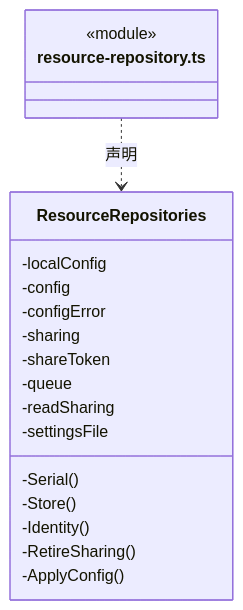
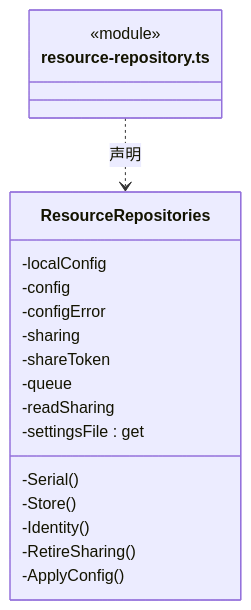
Before and after one commit to nan023062/cbim: the fifth of 8 diagrams in src/logic/resources/service/ARCHITECTURE.md, drawn with Mermaid. The commit also changed other lines of this file and 137 other files, not shown here.

Commit message:
fix: align architecture generator with documentation standards

````diff
--- a/src/logic/resources/service/ARCHITECTURE.md
+++ b/src/logic/resources/service/ARCHITECTURE.md
@@ -167,22 +176,22 @@
 ```mermaid
 classDiagram
 class N_src_logic_resources_service_resource_repository_ts["resource-repository.ts"] {
   <<module>>
 }
 class N_src_logic_resources_service_resource_repository_ts_ResourceRepositories["ResourceRepositories"] {
   -localConfig
   -config
   -configError
   -sharing
   -shareToken
   -queue
   -readSharing
-  -settingsFile
+  -settingsFile : get
   -Serial()
   -Store()
   -Identity()
   -RetireSharing()
   -ApplyConfig()
 }
 N_src_logic_resources_service_resource_repository_ts ..> N_src_logic_resources_service_resource_repository_ts_ResourceRepositories : 声明
 ```
````
